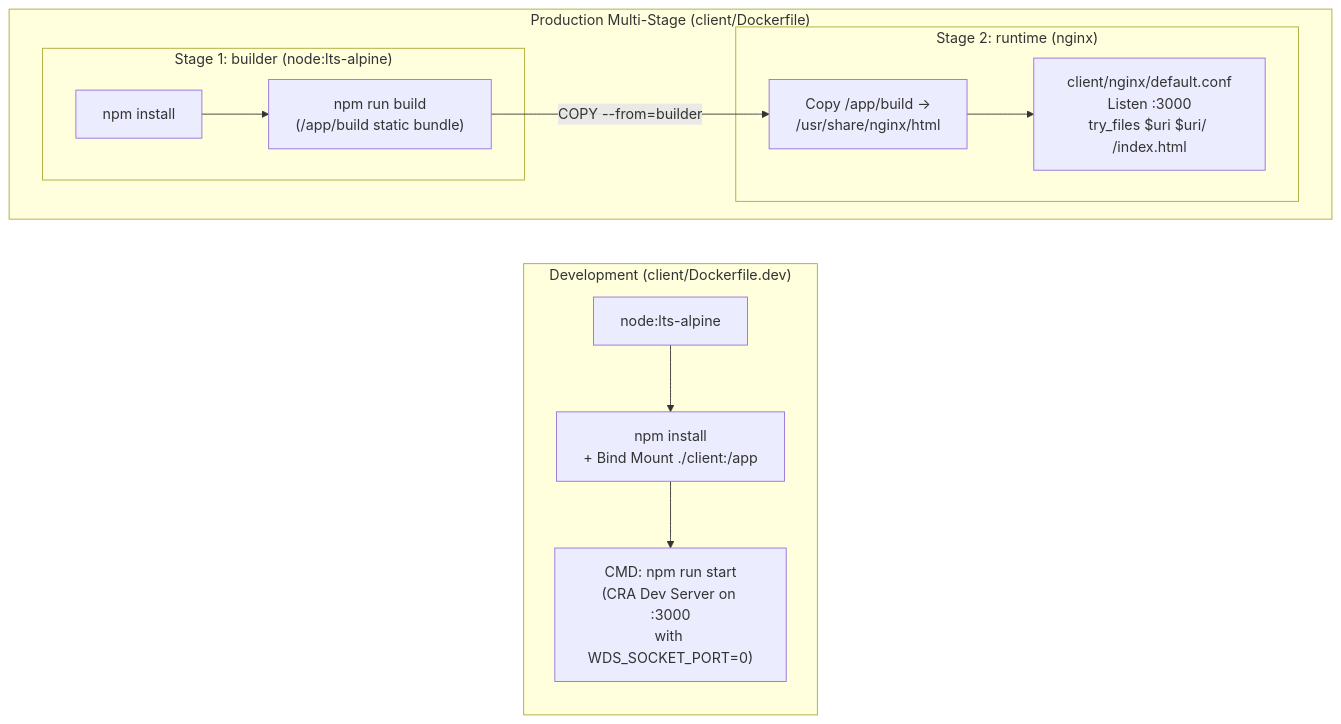
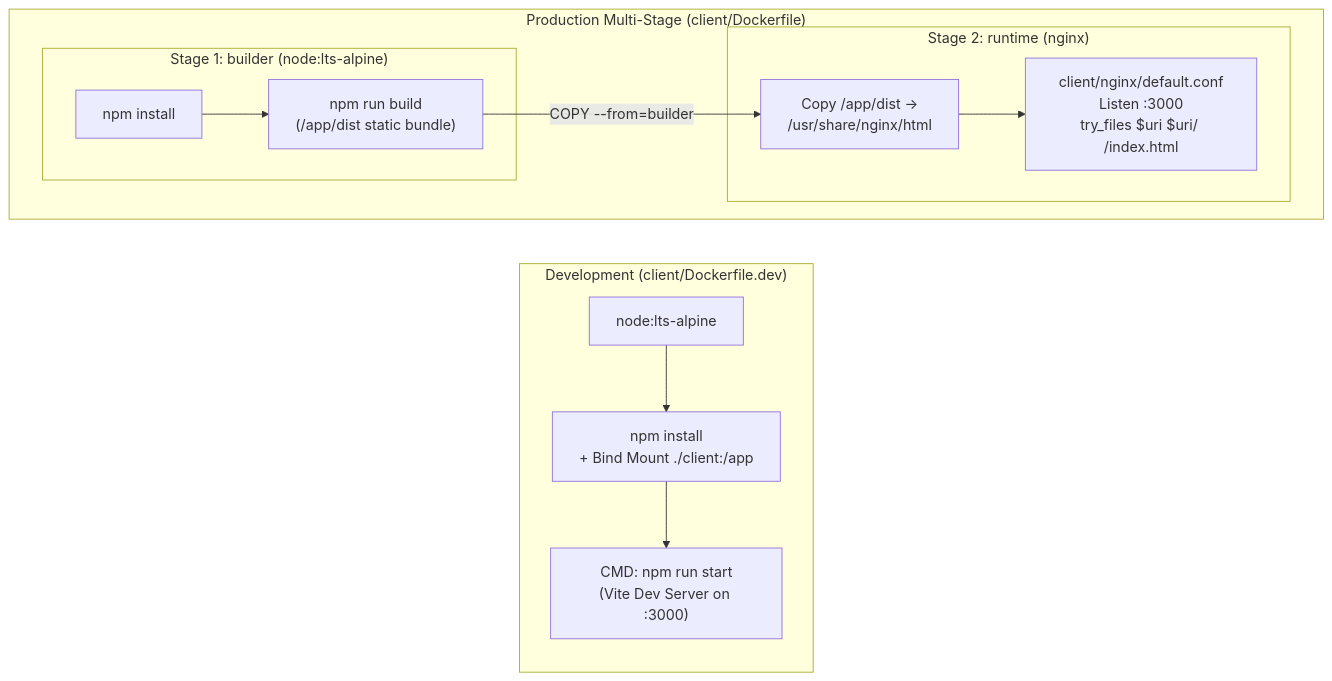
One commit to pankajspace/docker-k8s changed the fourth of 11 diagrams in multi-container-services/README.md. Above: the diagram before and after it, drawn with Mermaid. The commit also changed other lines of this file and 21 other files, not shown here.

First line of the commit message:
Refactor client application to use Vite instead of Create React App

````diff
--- a/multi-container-services/README.md
+++ b/multi-container-services/README.md
@@ -114,18 +113,18 @@
 ```mermaid
 flowchart LR
     subgraph Dev["Development (client/Dockerfile.dev)"]
         D1["node:lts-alpine"] --> D2["npm install\n+ Bind Mount ./client:/app"]
-        D2 --> D3["CMD: npm run start\n(CRA Dev Server on :3000\nwith WDS_SOCKET_PORT=0)"]
+        D2 --> D3["CMD: npm run start\n(Vite Dev Server on :3000)"]
     end
 
     subgraph Prod["Production Multi-Stage (client/Dockerfile)"]
         direction LR
         subgraph Stage1["Stage 1: builder (node:lts-alpine)"]
-            P1["npm install"] --> P2["npm run build\n(/app/build static bundle)"]
+            P1["npm install"] --> P2["npm run build\n(/app/dist static bundle)"]
         end
         subgraph Stage2["Stage 2: runtime (nginx)"]
-            P3["Copy /app/build ->\n/usr/share/nginx/html"] --> P4["client/nginx/default.conf\nListen :3000\ntry_files $uri $uri/ /index.html"]
+            P3["Copy /app/dist ->\n/usr/share/nginx/html"] --> P4["client/nginx/default.conf\nListen :3000\ntry_files $uri $uri/ /index.html"]
         end
         P2 -->|"COPY --from=builder"| P3
     end
 ```
````
